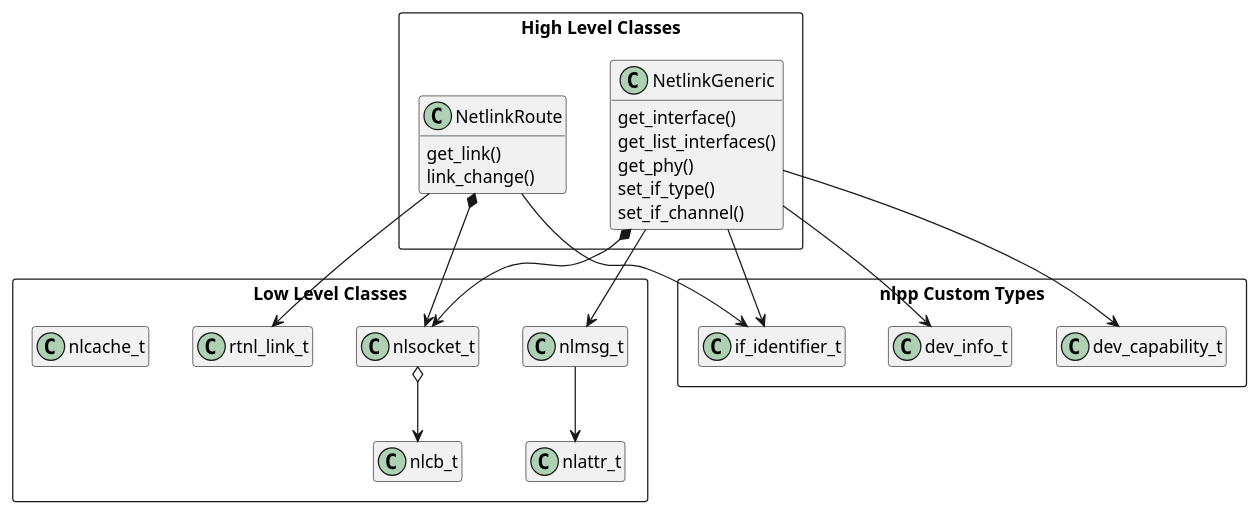
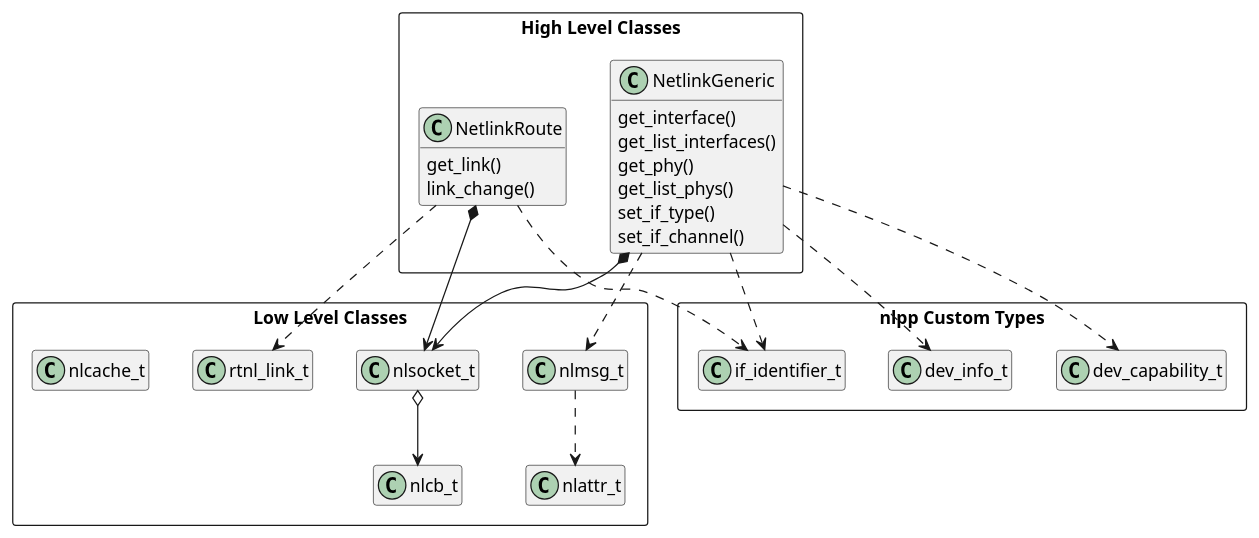
One commit to JohnHop/nlpp changed the diagram in doc/classes.puml. Above: the diagram before and after it, drawn with PlantUML. The commit also changed 8 other files, not shown here.

```diff
--- a/doc/classes.puml
+++ b/doc/classes.puml
@@ -1,53 +1,54 @@
 @startuml classes
 top to bottom direction
 
 hide empty fields
 hide empty methods
 
 package "High Level Classes" as HLC <<Rectangle>> {
   class NetlinkGeneric {
     get_interface()
     get_list_interfaces()
     get_phy()
+    get_list_phys()
     set_if_type()
     set_if_channel()
   }
 
   class NetlinkRoute {
     get_link()
     link_change()
   }
 }
 
 package "Low Level Classes" as LLC <<Rectangle>> {
   class nlsocket_t
   class nlcb_t
   class nlmsg_t
 
   class rtnl_link_t
   class nlcache_t
   class nlattr_t
 }
 
 package "nlpp Custom Types" as CT <<Rectangle>> { 
   class if_identifier_t
   class dev_info_t
   class dev_capability_t
 }
 
 ' From HLC
 NetlinkGeneric *--> nlsocket_t
-NetlinkGeneric --> nlmsg_t
-NetlinkGeneric --> dev_info_t
-NetlinkGeneric --> dev_capability_t
-NetlinkGeneric --> if_identifier_t
+NetlinkGeneric -.> nlmsg_t
+NetlinkGeneric -.> dev_info_t
+NetlinkGeneric -.> dev_capability_t
+NetlinkGeneric -.> if_identifier_t
 NetlinkRoute *--> nlsocket_t
-NetlinkRoute --> rtnl_link_t
-NetlinkRoute --> if_identifier_t
+NetlinkRoute -.> rtnl_link_t
+NetlinkRoute -.> if_identifier_t
 
 ' From LLC
 nlsocket_t o--> nlcb_t
-nlmsg_t --> nlattr_t
+nlmsg_t .-> nlattr_t
 
 
 @enduml
```
